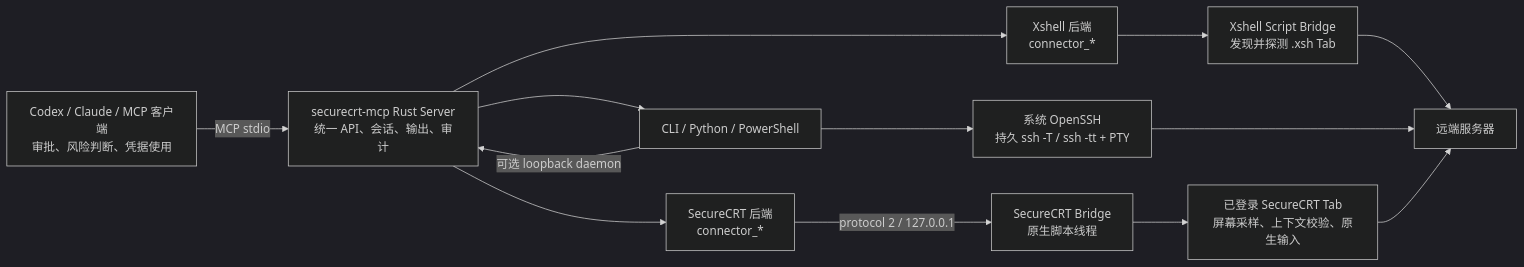
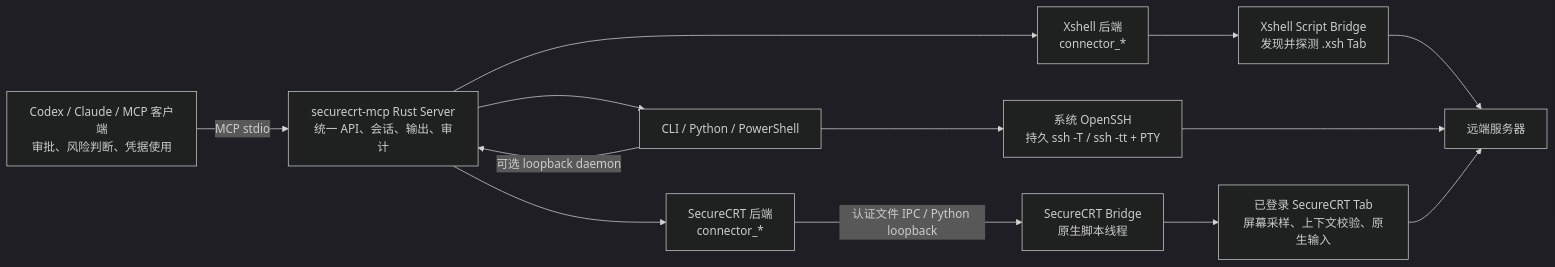
Before and after one commit to seaworld008/securecrt-mcp: the diagram in README.md, drawn with Mermaid (dark theme). The commit also changed other lines of this file and 33 other files, not shown here.

````diff
--- a/README.md
+++ b/README.md
@@ -31,15 +35,15 @@
 ```mermaid
 flowchart LR
     A["Codex / Claude / MCP 客户端<br/>审批、风险判断、凭据使用"] -->|MCP stdio| B["securecrt-mcp Rust Server<br/>统一 API、会话、输出、审计"]
     B --> C["SecureCRT 后端<br/>connector_*"]
-    C -->|protocol 2 / 127.0.0.1| D["SecureCRT Bridge<br/>原生脚本线程"]
+    C -->|认证文件 IPC / Python loopback| D["SecureCRT Bridge<br/>原生脚本线程"]
     D --> E["已登录 SecureCRT Tab<br/>屏幕采样、上下文校验、原生输入"]
     B --> F["Xshell 后端<br/>connector_*"]
     F --> G["Xshell Script Bridge<br/>发现并探测 .xsh Tab"]
     B --> I["OpenSSH 后端<br/>connector_*"]
     I --> J["系统 OpenSSH<br/>持久 ssh -T / ssh -tt + PTY"]
     G --> H["远端服务器"]
     J --> H
     E --> H
     I["CLI / Python / PowerShell"] -->|可选 loopback daemon| B
 ```
````
